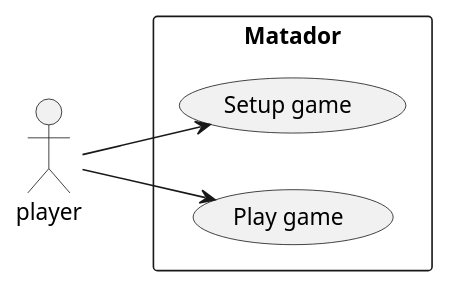
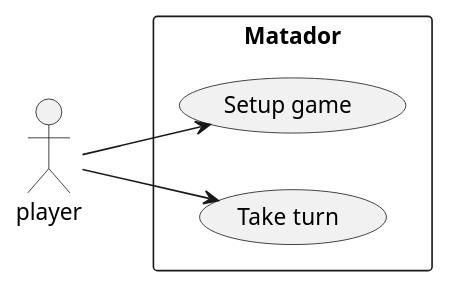
Before and after one commit to GabeKierk889/gruppe-18: the diagram in 18_final/UML/UseCaseDiagram.puml, drawn with PlantUML.

Commit message:
Updated UCD - play game -> take turn

```diff
--- a/18_final/UML/UseCaseDiagram.puml
+++ b/18_final/UML/UseCaseDiagram.puml
@@ -1,21 +1,21 @@
 @startuml
 'https://plantuml.com/use-case-diagram
 
 left to right direction
 
 actor player
 
 rectangle Matador {
     usecase "Setup game" as uc1
 
-    usecase "Play game" as uc2
+    usecase "Take turn" as uc2
 
 }
 
 player --> uc1
 
 player --> uc2
 
 
 
 @enduml
```
